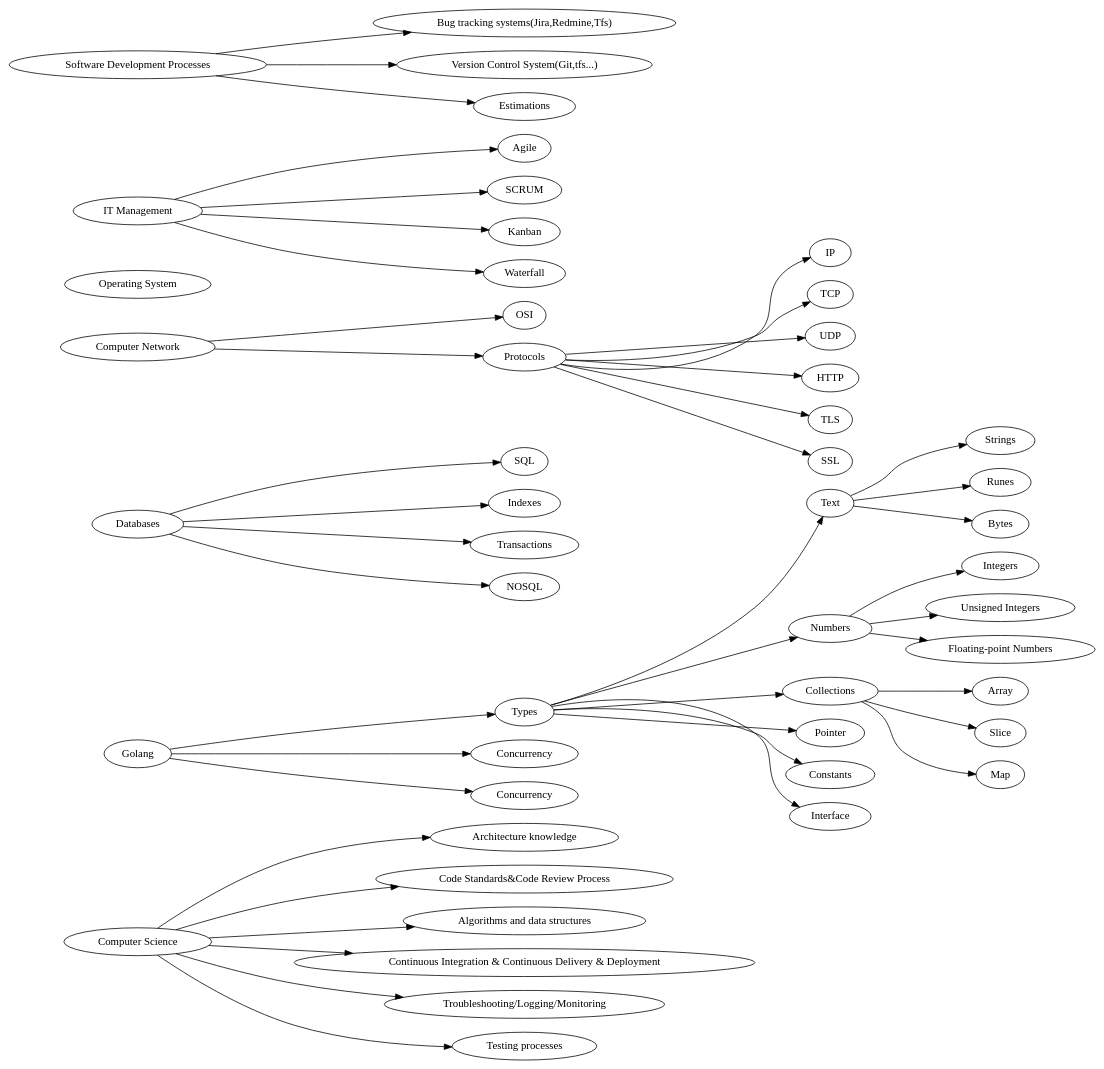
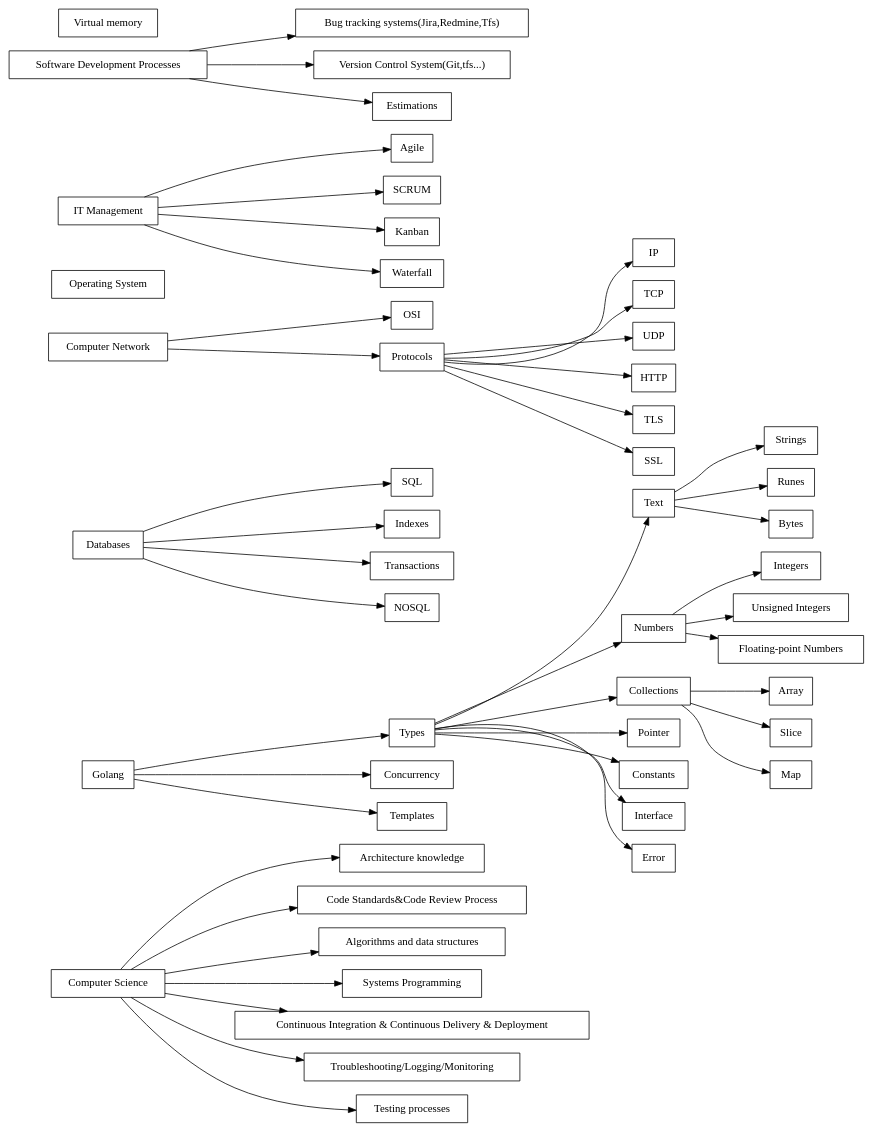
Before and after one commit to srce/roadmap: the diagram in roadmap.dot, drawn with Graphviz. The commit also changed 1 other file, not shown here.

```diff
--- a/roadmap.dot
+++ b/roadmap.dot
@@ -1,108 +1,116 @@
 // This document is written on DOT language
 // by Dzyanis Kuzmenka
 
 digraph backend {
     rankdir="LR";
+    node [shape=box];
 
     cs         [label="Computer Science"];
     go         [label="Golang"];
     db         [label="Databases"];
     networks   [label="Computer Network"];
     os         [label="Operating System"];
     management [label="IT Management"];
     processing [label="Software Development Processes"];
 
     // Computer Science
     subgraph cs {
         cs -> {
             cs_architecture [label="Architecture knowledge"];
             cs_code         [label="Code Standards&Code Review Process"];
             cs_algorithms   [label="Algorithms and data structures"];
+            cs_systems      [label="Systems Programming"];
             cs_ci           [label="Continuous Integration & Continuous Delivery & Deployment"];
             cs_debugging    [label="Troubleshooting/Logging/Monitoring"];
             cs_testing      [label="Testing processes"];
         }
     }
 
     // Software Development Processes
     subgraph processing {
         processing -> {
             processing_trackers    [label="Bug tracking systems(Jira,Redmine,Tfs)"];
             processing_vc          [label="Version Control System(Git,tfs...)"];
             processing_estimations [label="Estimations"];
         }
     }
 
+    // Operating System
+    subgraph os {
+        os_virtual_memory [label="Virtual memory"];
+    }
+
     // IT Management
     subgraph management {
         management -> {
             management_agile     [label="Agile"];
             management_scrum     [label="SCRUM"];
             management_kanban    [label="Kanban"];
             management_waterfall [label="Waterfall"];
         }
     }
 
     // Golang
     subgraph go {
         go -> {
-            go_types       [label="Types"]
-            go_concurrency [label="Concurrency"]
-            go_templates   [label="Concurrency"]
+            go_types       [label="Types"];
+            go_concurrency [label="Concurrency"];
+            go_templates   [label="Templates"];
         };
 
         go_types -> {
-            go_types_text        [label="Text"]
-            go_types_numbers     [label="Numbers"]
-            go_types_collections [label="Collections"]
-            go_types_pointer     [label="Pointer"]
-            go_types_constant    [label="Constants"]
-            go_types_interface   [label="Interface"]
+            go_types_text        [label="Text"];
+            go_types_numbers     [label="Numbers"];
+            go_types_collections [label="Collections"];
+            go_types_pointer     [label="Pointer"];
+            go_types_constant    [label="Constants"];
+            go_types_interface   [label="Interface"];
+            go_types_error       [label="Error"];
         };
 
         go_types_text -> {
-            go_types_text_strings [label="Strings"]
-            go_types_text_runes   [label="Runes"]
-            go_types_text_bytes   [label="Bytes"]
+            go_types_text_strings [label="Strings"];
+            go_types_text_runes   [label="Runes"];
+            go_types_text_bytes   [label="Bytes"];
         };
 
         go_types_numbers -> {
-            go_types_numbers_int   [label="Integers"]
-            go_types_numbers_uint  [label="Unsigned Integers"]
-            go_types_numbers_float [label="Floating-point Numbers"]
+            go_types_numbers_int   [label="Integers"];
+            go_types_numbers_uint  [label="Unsigned Integers"];
+            go_types_numbers_float [label="Floating-point Numbers"];
         };
 
         go_types_collections -> {
-            go_types_collections_array [label="Array"]
-            go_types_collections_slice [label="Slice"]
-            go_types_collections_map   [label="Map"]
+            go_types_collections_array [label="Array"];
+            go_types_collections_slice [label="Slice"];
+            go_types_collections_map   [label="Map"];
         };
     }
 
     // Databases
     subgraph db {
         db -> {
             db_sql          [label="SQL"];
             db_indexes      [label="Indexes"];
             db_transactions [label="Transactions"];
             db_nosql        [label="NOSQL"];
         }
     }
 
     // Computer network
     subgraph networks {
         networks -> {
             networks_osi       [label="OSI"];
             networks_protocols [label="Protocols"];
         }
 
         networks_protocols -> {
             networks_protocols_IP   [label="IP"];
             networks_protocols_TCP  [label="TCP"];
             networks_protocols_UDP  [label="UDP"];
             networks_protocols_HTTP [label="HTTP"];
             networks_protocols_TLS  [label="TLS"];
             networks_protocols_SSL  [label="SSL"];
         }
     }
 }
```
